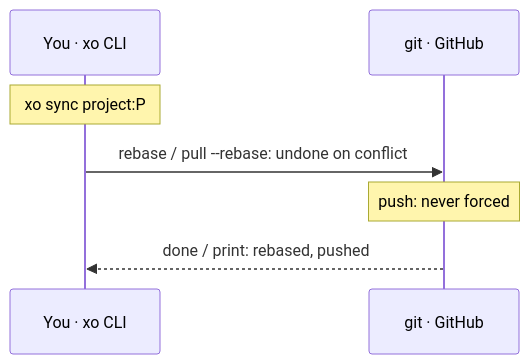
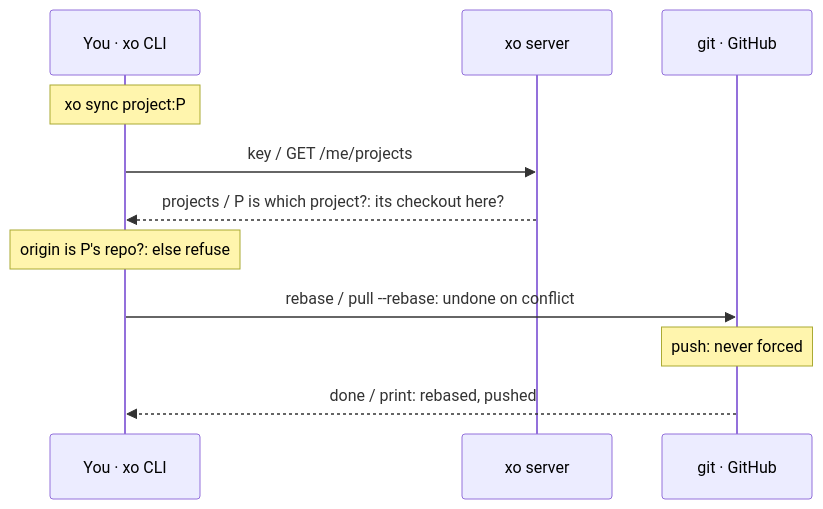
Diagram 25 of 31 in docs/architecture.md (quirq-ai/xo), drawn with Mermaid before and after one commit. The commit also changed other lines of this file and 11 other files, not shown here.

````diff
--- a/docs/architecture.md
+++ b/docs/architecture.md
@@ -515,9 +545,13 @@
 ```mermaid
 sequenceDiagram
   participant Cli as You · xo CLI
+  participant Srv as xo server
   participant Git as git · GitHub
   Note over Cli: xo sync project:P
+  Cli->>Srv: key / GET /me/projects
+  Srv-->>Cli: projects / P is which project?: its checkout here?
+  Note over Cli: origin is P's repo?: else refuse
   Cli->>Git: rebase / pull --rebase: undone on conflict
   Note over Git: push: never forced
   Git-->>Cli: done / print: rebased, pushed
 ```
````
